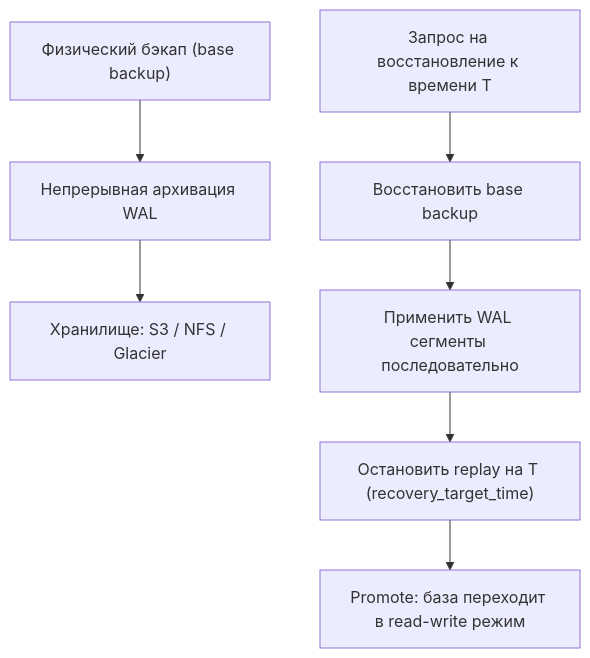
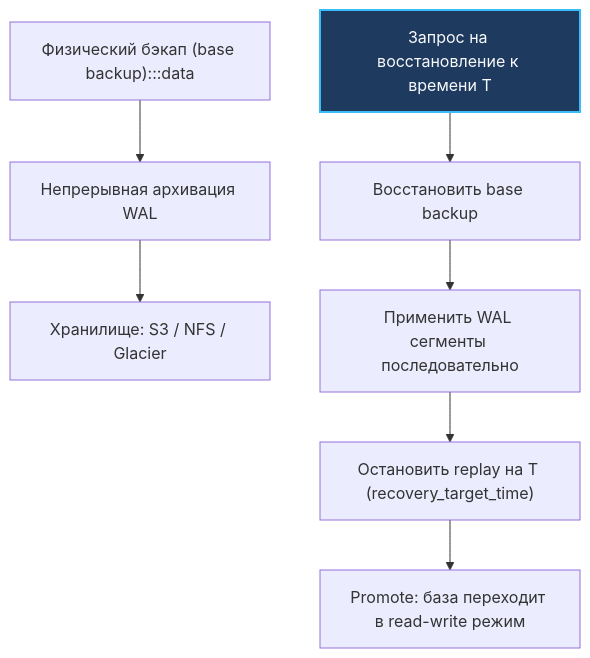
One commit to UnrealTemplier/go-textbook changed the second of 3 diagrams in sources/12. Базы данных/10. Практика и архитектура/16. Disaster recovery.md. Above: the diagram before and after it, drawn with Mermaid. The commit also changed other lines of this file and 1666 other files, not shown here.

First line of the commit message:
feat(mermaid): add semantic color classDef to 1369 colorless flowchart/graph diagrams

````diff
--- a/sources/12. Базы данных/10. Практика и архитектура/16. Disaster recovery.md
+++ b/sources/12. Базы данных/10. Практика и архитектура/16. Disaster recovery.md
@@ -96,10 +106,20 @@
 ```mermaid
 flowchart TD
-    BaseBackup["Физический бэкап (base backup)"] --> ArchiveWAL["Непрерывная архивация WAL"]
+    classDef process  fill:#1e293b,stroke:#38bdf8,stroke-width:1px,color:#f8fafc
+    classDef success  fill:#064e3b,stroke:#34d399,stroke-width:1px,color:#f8fafc
+    classDef error    fill:#7f1d1d,stroke:#f87171,stroke-width:1px,color:#f8fafc
+    classDef warning  fill:#78350f,stroke:#fbbf24,stroke-width:1px,color:#f8fafc
+    classDef entry    fill:#1e3a5f,stroke:#38bdf8,stroke-width:2px,color:#f8fafc
+    classDef aux      fill:#334155,stroke:#64748b,stroke-width:1px,color:#f8fafc
+    classDef system   fill:#312e81,stroke:#a78bfa,stroke-width:1px,color:#f8fafc
+    classDef data     fill:#132d29,stroke:#2dd4bf,stroke-width:1px,color:#f8fafc
+    classDef network  fill:#881337,stroke:#fb7185,stroke-width:1px,color:#f8fafc
+    classDef accent   fill:#1e1b4b,stroke:#818cf8,stroke-width:1px,color:#f8fafc
+    BaseBackup["Физический бэкап (base backup):::data"] --> ArchiveWAL["Непрерывная архивация WAL"]
     ArchiveWAL --> Storage["Хранилище: S3 / NFS / Glacier"]
     
-    Recovery["Запрос на восстановление к времени T"] --> FetchBase["Восстановить base backup"]
+    Recovery["Запрос на восстановление к времени T"]:::entry --> FetchBase["Восстановить base backup"]
     FetchBase --> ReplayWAL["Применить WAL сегменты последовательно"]
     ReplayWAL --> StopAt["Остановить replay на T (recovery_target_time)"]
     StopAt --> Promote["Promote: база переходит в read-write режим"]
 ```
````
